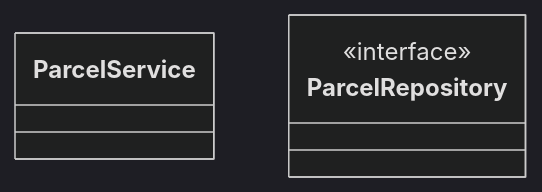
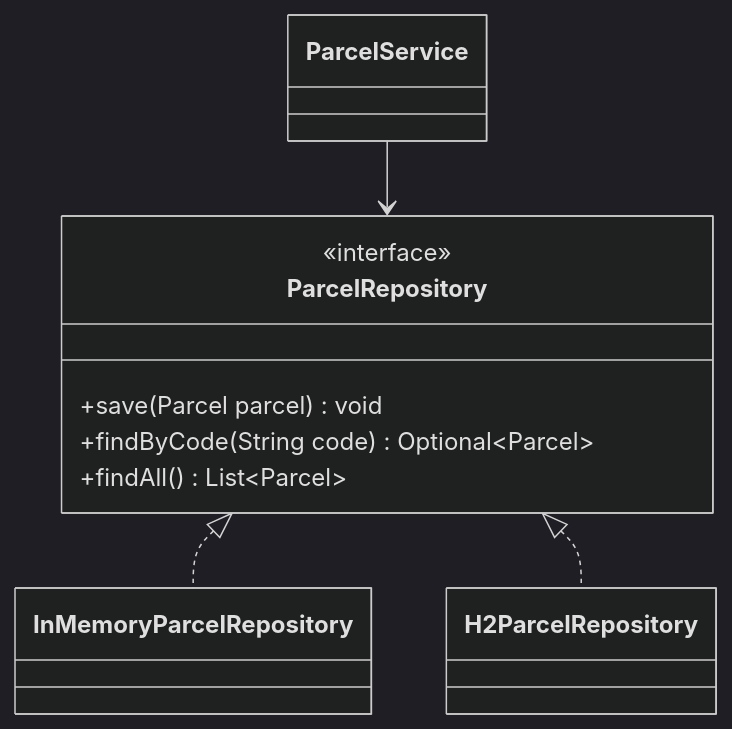
The second of 3 diagrams in LAB_REPORT.md (shaq-2408/itcs382-h2-lab), drawn with Mermaid (dark theme) before and after one commit. The commit also changed other lines of this file, not shown here.

````diff
--- a/LAB_REPORT.md
+++ b/LAB_REPORT.md
@@ -121,7 +133,18 @@
 ```mermaid
 classDiagram
     class ParcelService
+
     class ParcelRepository {
         <<interface>>
+        +save(Parcel parcel) void
+        +findByCode(String code) Optional~Parcel~
+        +findAll() List~Parcel~
     }
+
+    class InMemoryParcelRepository
+    class H2ParcelRepository
+
+    ParcelService --> ParcelRepository
+    ParcelRepository <|.. InMemoryParcelRepository
+    ParcelRepository <|.. H2ParcelRepository
 ```
````
